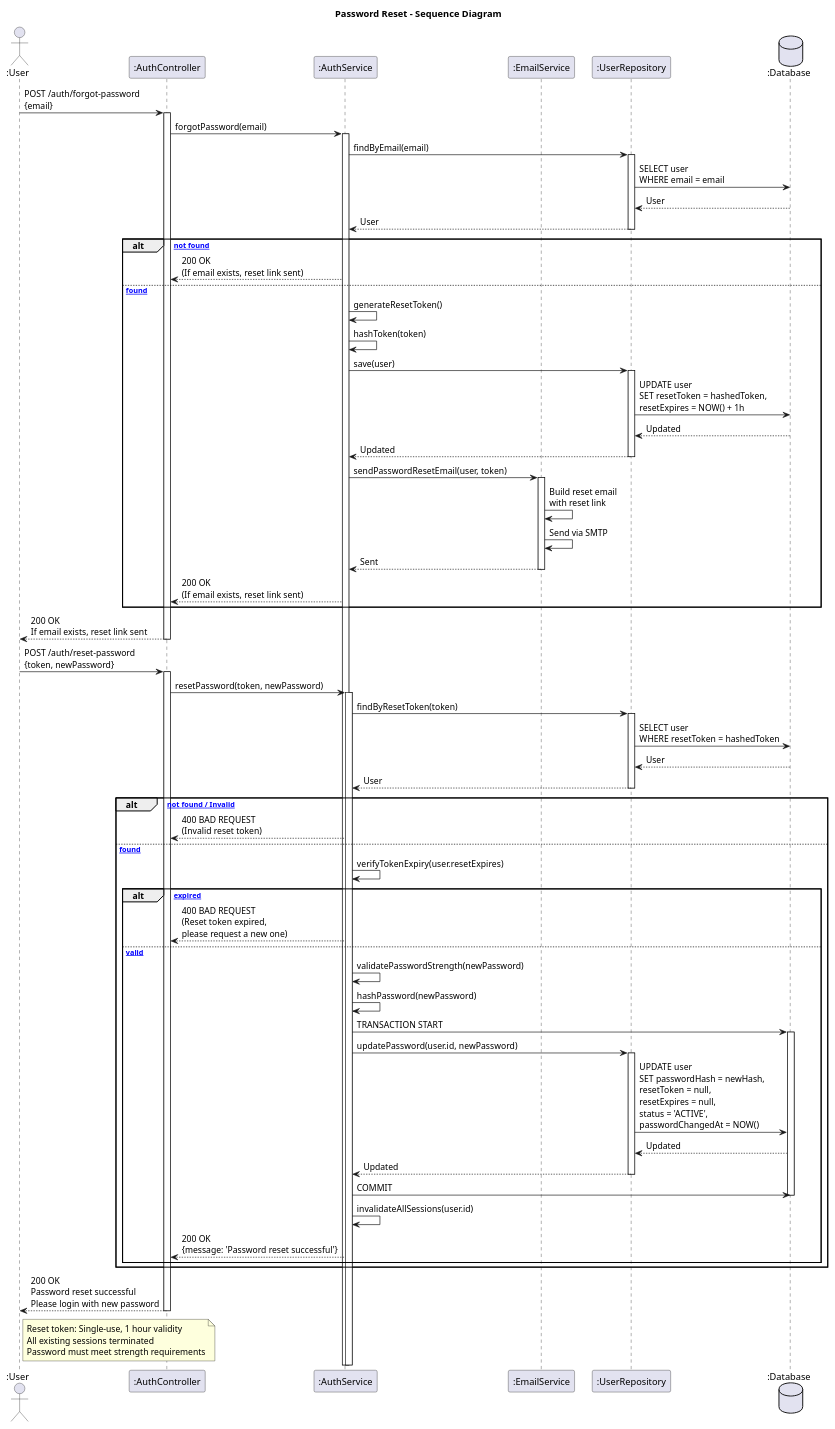
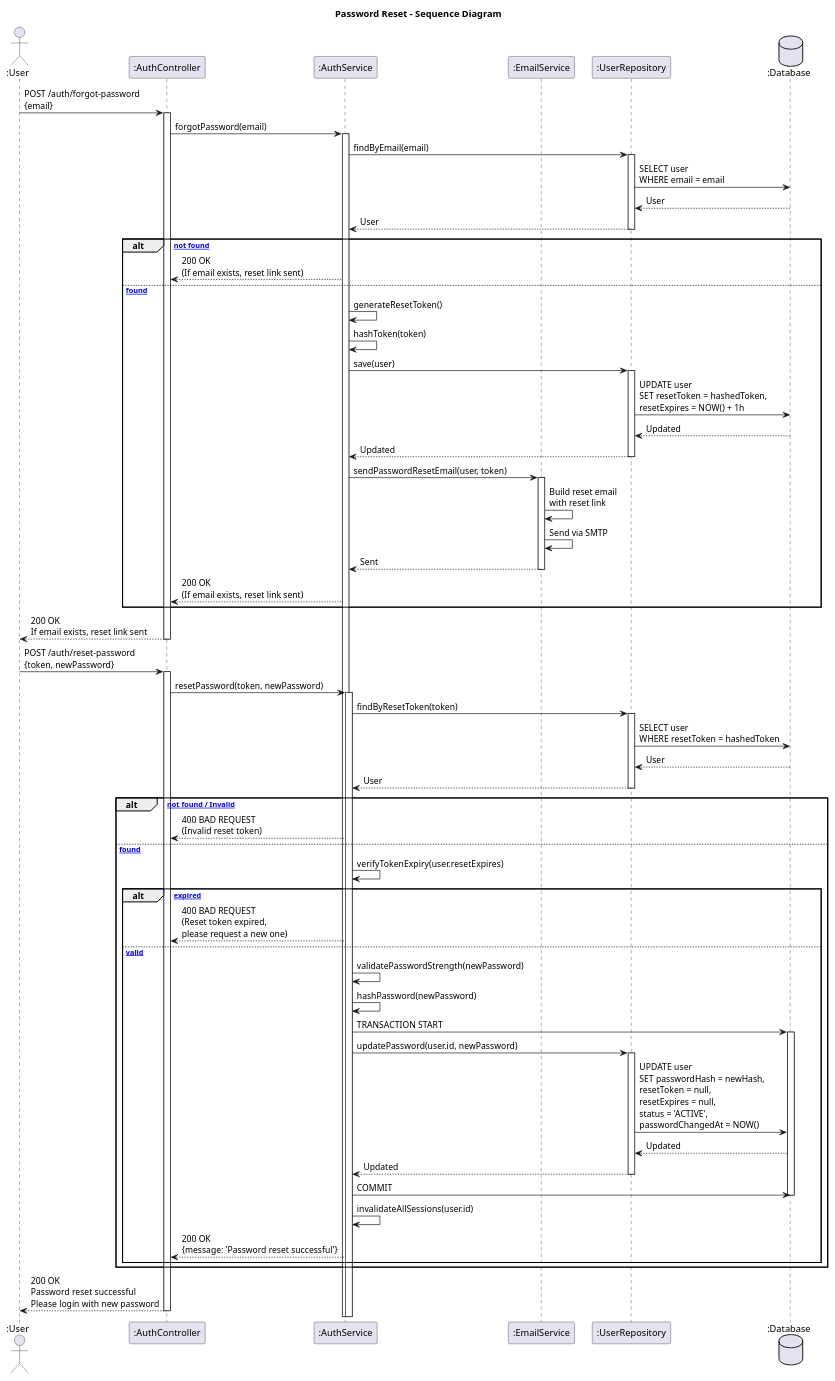
Before and after one commit to toank5/WDP: the diagram in diagrams/details/authentication/sequence-password-reset.puml, drawn with PlantUML. The commit also changed 60 other files, not shown here.

Commit message:
Add sequence and class diagrams for inventory, preorder, return, revenue, and supplier management; implement role permissions and software testing documentation

```diff
--- a/diagrams/details/authentication/sequence-password-reset.puml
+++ b/diagrams/details/authentication/sequence-password-reset.puml
@@ -1,110 +1,105 @@
 @startuml PasswordResetSequence
 title Password Reset - Sequence Diagram
 
 actor ":User" as user
 participant ":AuthController" as controller
 participant ":AuthService" as authService
 participant ":EmailService" as emailService
 participant ":UserRepository" as userRepo
 database ":Database" as db
 
 ' ════════════════════════════════════════════════════════════════════════════════════
 ' STEP 1: Request Password Reset
 ' ════════════════════════════════════════════════════════════════════════════════════
 
 user -> controller: POST /auth/forgot-password\n{email}
 activate controller
 
 controller -> authService: forgotPassword(email)
 activate authService
 
 authService -> userRepo: findByEmail(email)
 activate userRepo
 userRepo -> db: SELECT user\nWHERE email = email
 db --> userRepo: User
 userRepo --> authService: User
 deactivate userRepo
 
 alt [Email not found]
     authService --> controller: 200 OK\n(If email exists, reset link sent)
     ' Security: Don't reveal if email exists
 else [Email found]
     authService -> authService: generateResetToken()
     authService -> authService: hashToken(token)
 
     authService -> userRepo: save(user)
     activate userRepo
     userRepo -> db: UPDATE user\nSET resetToken = hashedToken,\nresetExpires = NOW() + 1h
     db --> userRepo: Updated
     userRepo --> authService: Updated
     deactivate userRepo
 
     authService -> emailService: sendPasswordResetEmail(user, token)
     activate emailService
     emailService -> emailService: Build reset email\nwith reset link
     emailService -> emailService: Send via SMTP
     emailService --> authService: Sent
     deactivate emailService
 
     authService --> controller: 200 OK\n(If email exists, reset link sent)
 end
 
 controller --> user: 200 OK\nIf email exists, reset link sent
 deactivate controller
 
 ' ════════════════════════════════════════════════════════════════════════════════════
 ' STEP 2: Reset Password with Token
 ' ════════════════════════════════════════════════════════════════════════════════════
 
 user -> controller: POST /auth/reset-password\n{token, newPassword}
 activate controller
 
 controller -> authService: resetPassword(token, newPassword)
 activate authService
 
 authService -> userRepo: findByResetToken(token)
 activate userRepo
 userRepo -> db: SELECT user\nWHERE resetToken = hashedToken
 db --> userRepo: User
 userRepo --> authService: User
 deactivate userRepo
 
 alt [Token not found / Invalid]
     authService --> controller: 400 BAD REQUEST\n(Invalid reset token)
 else [Token found]
     authService -> authService: verifyTokenExpiry(user.resetExpires)
 
     alt [Token expired]
         authService --> controller: 400 BAD REQUEST\n(Reset token expired,\nplease request a new one)
     else [Token valid]
         authService -> authService: validatePasswordStrength(newPassword)
         authService -> authService: hashPassword(newPassword)
 
         authService -> db: TRANSACTION START
         activate db
 
         authService -> userRepo: updatePassword(user.id, newPassword)
         activate userRepo
         userRepo -> db: UPDATE user\nSET passwordHash = newHash,\nresetToken = null,\nresetExpires = null,\nstatus = 'ACTIVE',\npasswordChangedAt = NOW()
         db --> userRepo: Updated
         userRepo --> authService: Updated
         deactivate userRepo
 
         authService -> db: COMMIT
         deactivate db
 
         authService -> authService: invalidateAllSessions(user.id)
         authService --> controller: 200 OK\n{message: 'Password reset successful'}
     end
 end
 
 controller --> user: 200 OK\nPassword reset successful\nPlease login with new password
 deactivate controller
 
-note right of user
-  Reset token: Single-use, 1 hour validity
-  All existing sessions terminated
-  Password must meet strength requirements
-end note
 
 @enduml
```
